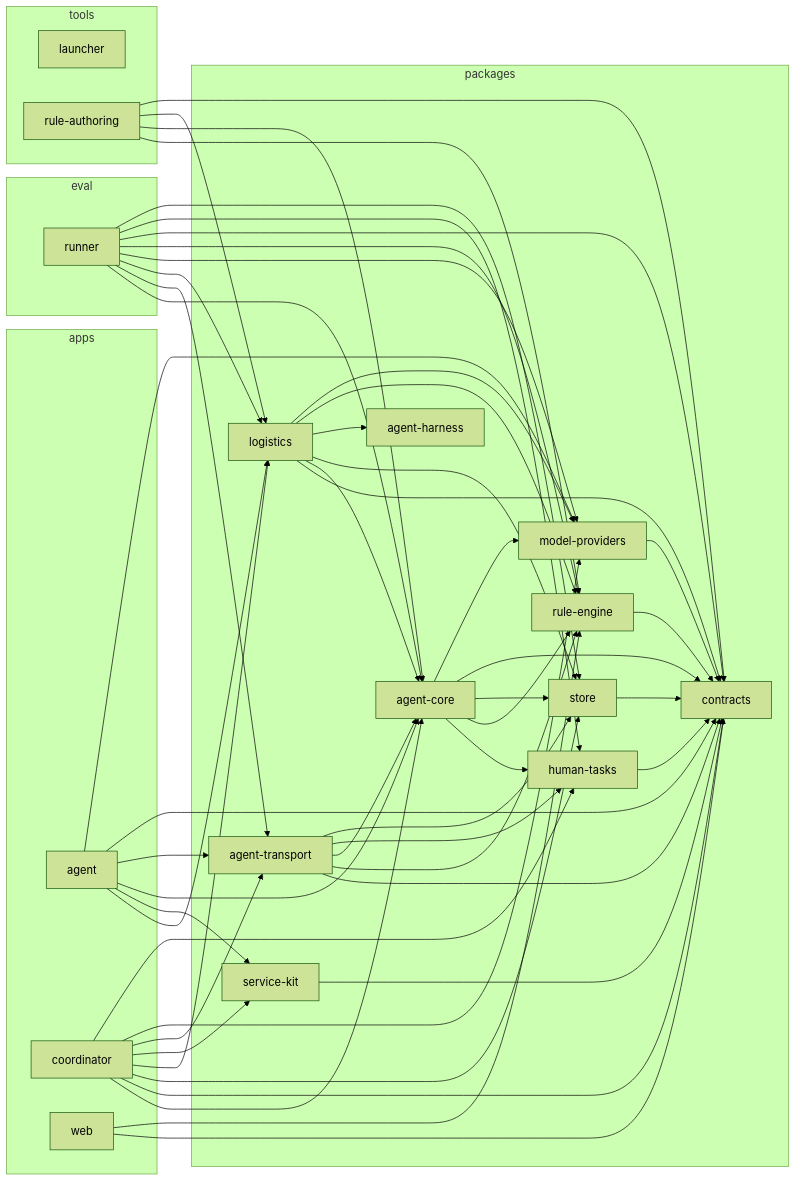
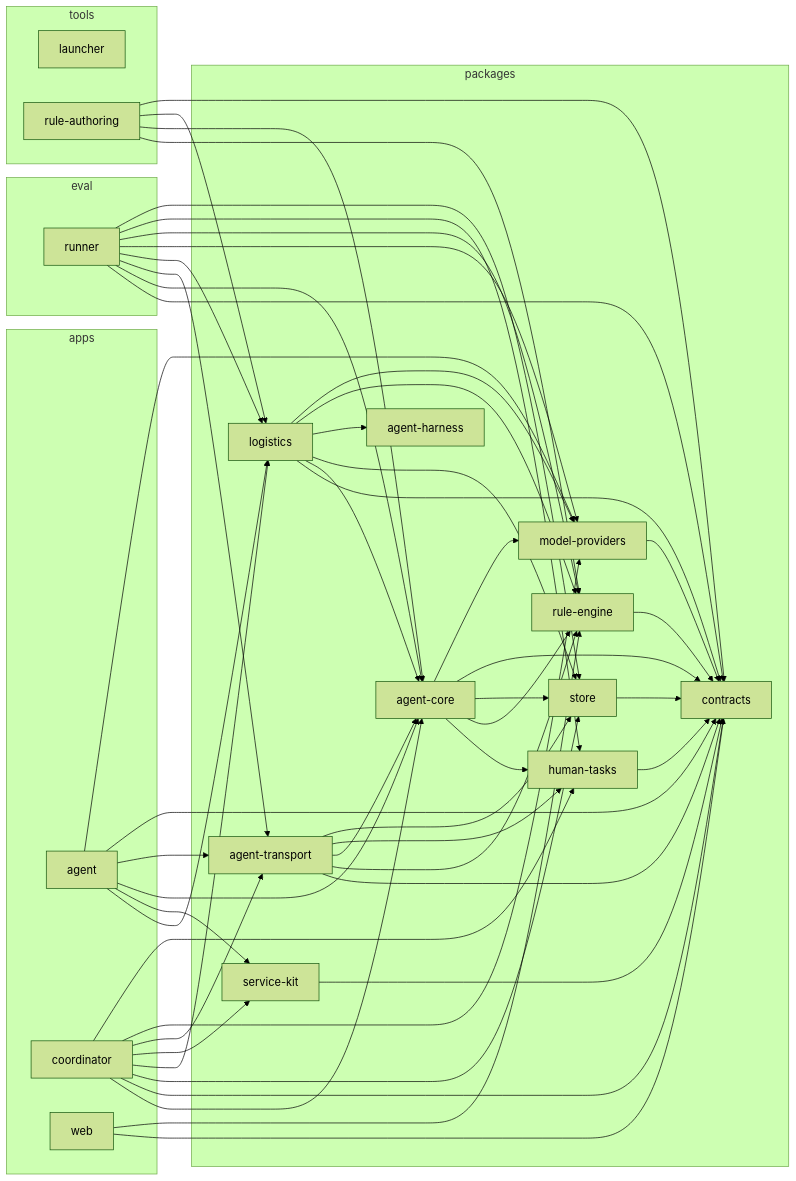
Before and after one commit to ClydeShen/durable-jev: the diagram in docs/architecture-graph.md, drawn with Mermaid (forest theme). The commit also changed other lines of this file and 11 other files, not shown here.

````diff
--- a/docs/architecture-graph.md
+++ b/docs/architecture-graph.md
@@ -7,77 +7,77 @@
 ```mermaid
 flowchart LR
 
 subgraph 0["apps"]
 1["agent"]
 2["coordinator"]
 3["web"]
 end
 subgraph 4["eval"]
 5["runner"]
 end
 subgraph 6["packages"]
 7["agent-core"]
 8["agent-harness"]
 9["agent-transport"]
 A["contracts"]
 B["human-tasks"]
 C["logistics"]
 D["model-providers"]
 E["rule-engine"]
 F["service-kit"]
 G["store"]
 end
 subgraph H["tools"]
 I["launcher"]
 J["rule-authoring"]
 end
 1-->C
 1-->F
 1-->7
 1-->9
 1-->A
 1-->D
 2-->7
 2-->A
 2-->G
 2-->C
 2-->F
 2-->9
 2-->D
 2-->B
 3-->A
 3-->E
+5-->A
 5-->7
 5-->9
 5-->C
 5-->D
 5-->E
-5-->A
 5-->B
 5-->G
 7-->B
 7-->E
 7-->G
 7-->A
 7-->D
 9-->A
 9-->E
 9-->7
 9-->B
 9-->G
 B-->A
 C-->A
 C-->7
 C-->G
 C-->8
 C-->E
 C-->D
 D-->A
 E-->A
 F-->A
 G-->A
 J-->E
 J-->7
 J-->C
 J-->A
 ```
````
